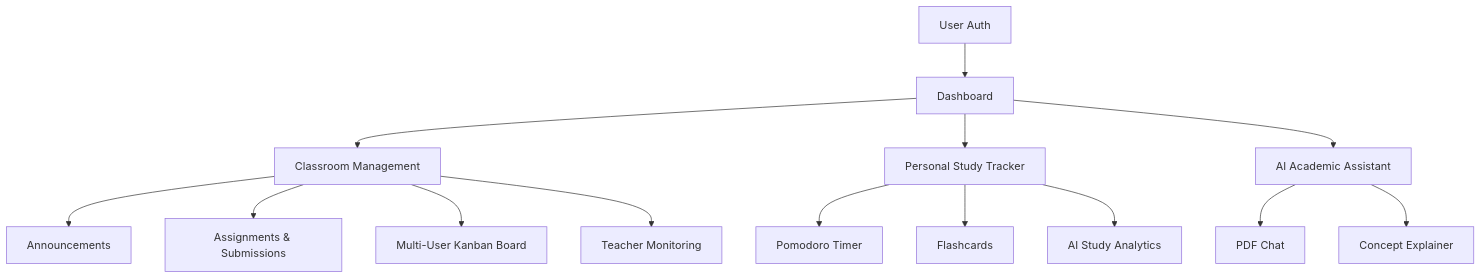
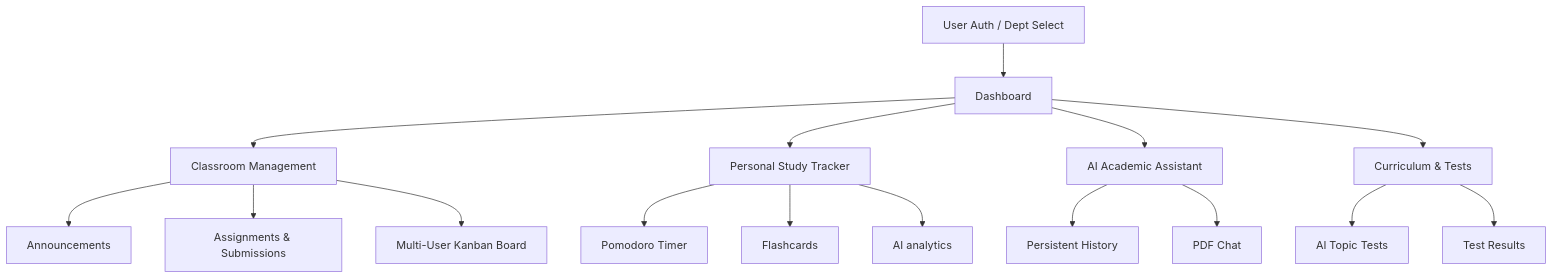
The first of 2 diagrams in README.md (MohammedAnsari123/Smart-Study-Tracker-with-Classroom-Collaboration-System), drawn with Mermaid before and after one commit. The commit also changed other lines of this file and 48 other files, not shown here.

````diff
--- a/README.md
+++ b/README.md
@@ -70,19 +72,22 @@
 ```mermaid
 graph TD
-    A[User Auth] --> B[Dashboard]
+    A[User Auth / Dept Select] --> B[Dashboard]
     B --> C[Classroom Management]
     B --> D[Personal Study Tracker]
     B --> E[AI Academic Assistant]
+    B --> F[Curriculum & Tests]
     
     C --> C1[Announcements]
     C --> C2[Assignments & Submissions]
     C --> C3[Multi-User Kanban Board]
-    C --> C4[Teacher Monitoring]
     
     D --> D1[Pomodoro Timer]
     D --> D2[Flashcards]
-    D --> D3[AI Study Analytics]
+    D --> D3[AI analytics]
     
-    E --> E1[PDF Chat]
-    E --> E2[Concept Explainer]
+    E --> E1[Persistent History]
+    E --> E2[PDF Chat]
+    
+    F --> F1[AI Topic Tests]
+    F --> F2[Test Results]
 ```
````
